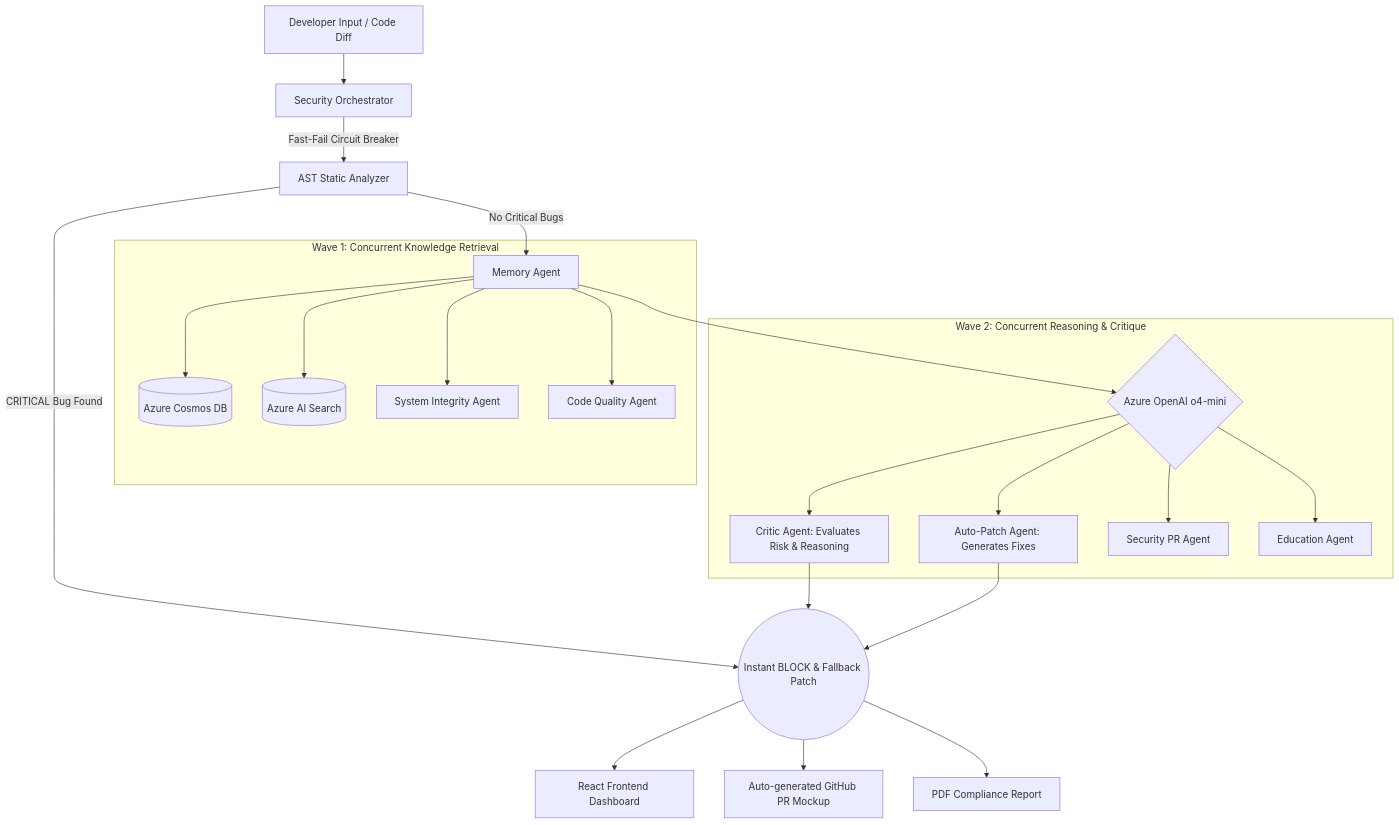
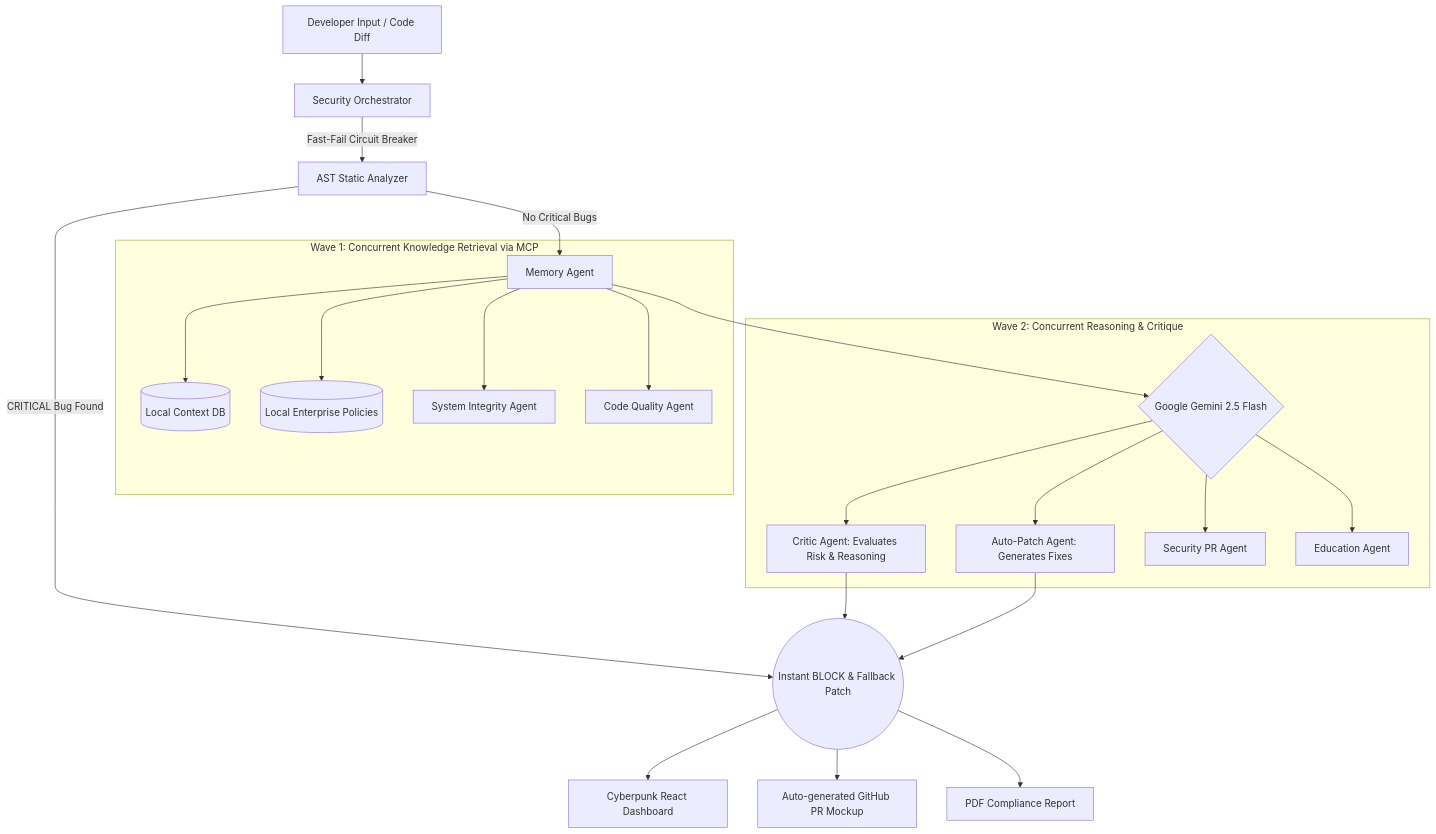
One commit to SyedaaMuskan/CyberSheild-AI changed the diagram in README.md. Above: the diagram before and after it, drawn with Mermaid. The commit also changed other lines of this file, not shown here.

Commit message:
Rewrite README for final capstone submission with Gemini and MCP

````diff
--- a/README.md
+++ b/README.md
@@ -18,31 +18,31 @@
 ```mermaid
 graph TD
     A[Developer Input / Code Diff] --> B[Security Orchestrator]
     
     B -->|Fast-Fail Circuit Breaker| CB[AST Static Analyzer]
     CB -->|CRITICAL Bug Found| H((Instant BLOCK & Fallback Patch))
     
     CB -->|No Critical Bugs| W1
     
-    subgraph Wave 1: Concurrent Knowledge Retrieval
-        W1[Memory Agent] --> M[(Azure Cosmos DB)]
-        W1 --> R[(Azure AI Search)]
+    subgraph Wave 1: Concurrent Knowledge Retrieval via MCP
+        W1[Memory Agent] --> M[(Local Context DB)]
+        W1 --> R[(Local Enterprise Policies)]
         W1 --> S[System Integrity Agent]
         W1 --> Q[Code Quality Agent]
     end
 
     subgraph Wave 2: Concurrent Reasoning & Critique
-        W1 --> C{Azure OpenAI o4-mini}
+        W1 --> C{Google Gemini 2.5 Flash}
         C --> D[Critic Agent: Evaluates Risk & Reasoning]
         C --> E[Auto-Patch Agent: Generates Fixes]
         C --> P[Security PR Agent]
         C --> Edu[Education Agent]
     end
     
     D --> H
     E --> H
     
-    H --> I[React Frontend Dashboard]
+    H --> I[Cyberpunk React Dashboard]
     H --> J[Auto-generated GitHub PR Mockup]
     H --> K[PDF Compliance Report]
 ```
````
